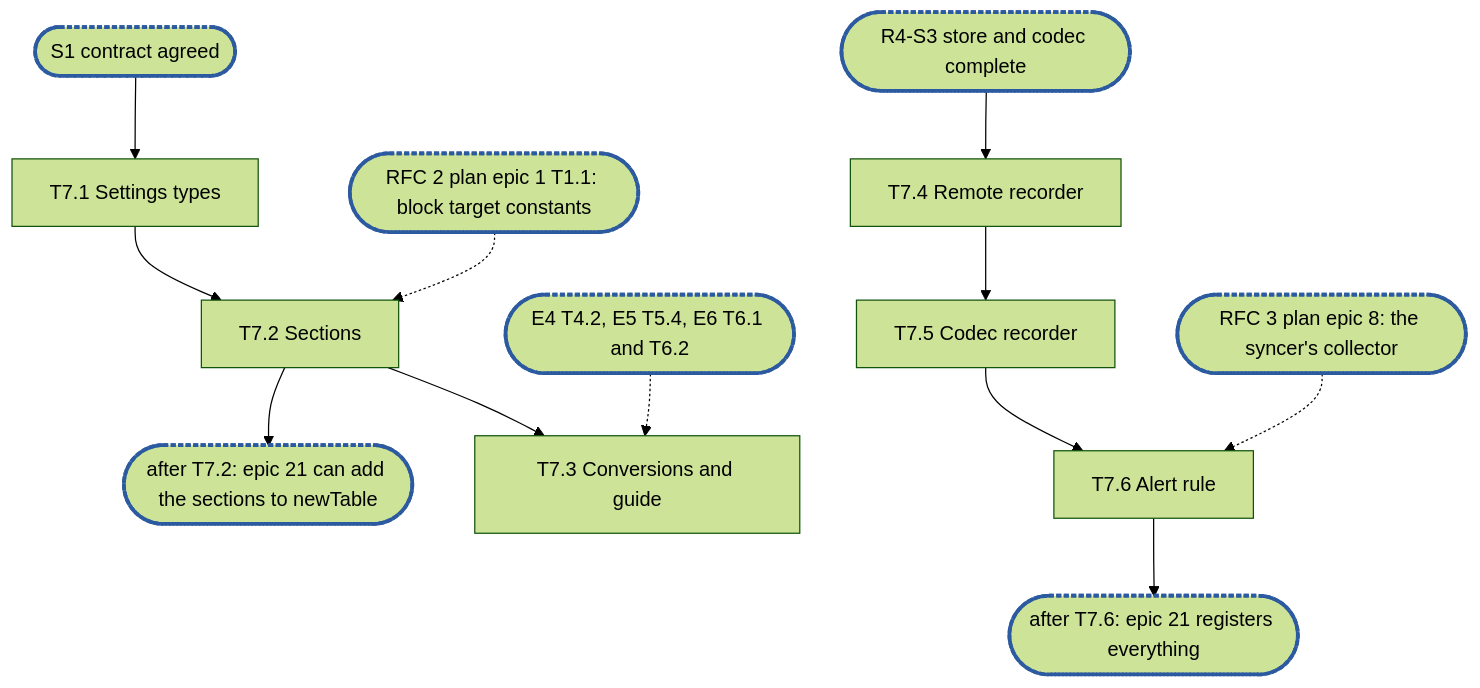
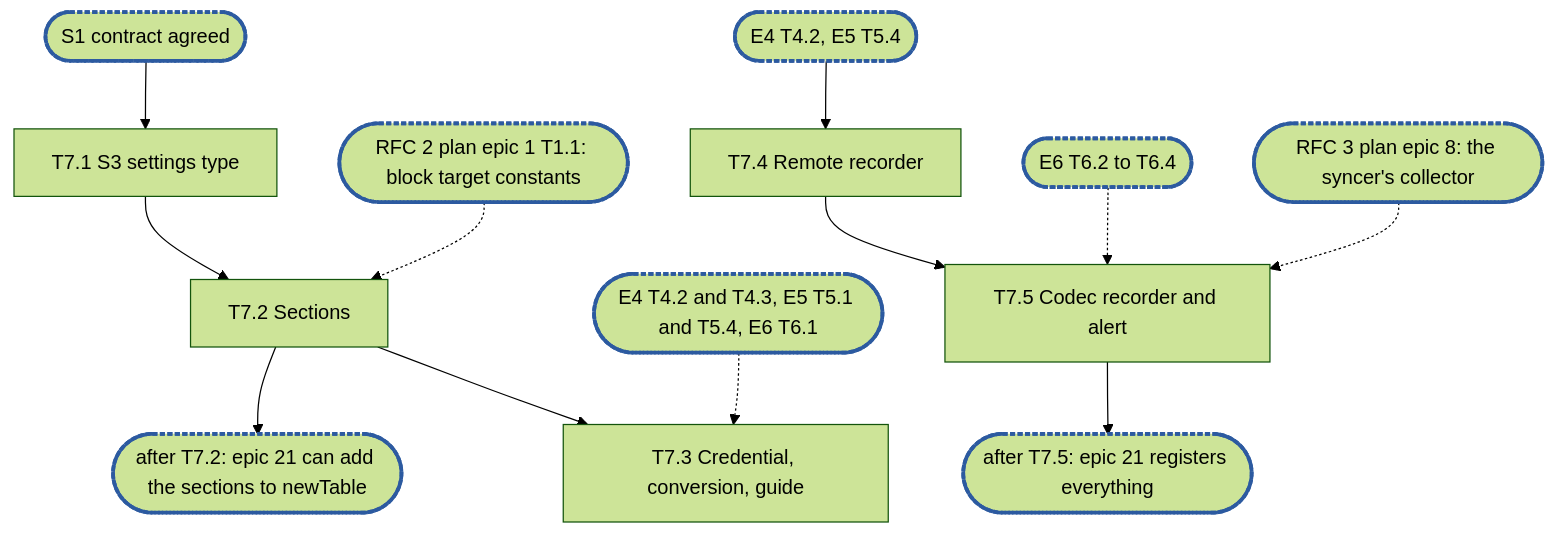
The diagram in .planning/rfc-4-remote-tier-epic7.md (cubbit/dittofs), drawn with Mermaid (forest theme) before and after one commit. The commit also changed other lines of this file and 3 other files, not shown here.

Commit message:
docs(planning): RFC 4 epic 7, fold the three review passes

````diff
--- a/.planning/rfc-4-remote-tier-epic7.md
+++ b/.planning/rfc-4-remote-tier-epic7.md
@@ -619,16 +625,15 @@
 ```mermaid
 flowchart TD
-  S1(["S1 contract agreed"]):::sync --> T7_1["T7.1 Settings types"]
+  S1(["S1 contract agreed"]):::sync --> T7_1["T7.1 S3 settings type"]
   R2E1(["RFC 2 plan epic 1 T1.1: block target constants"]):::sync -.-> T7_2
   T7_1 --> T7_2["T7.2 Sections"]
   T7_2 --> C1(["after T7.2: epic 21 can add the sections to newTable"]):::sync
-  DEPS(["E4 T4.2, E5 T5.4, E6 T6.1 and T6.2"]):::sync -.-> T7_3
-  T7_2 --> T7_3["T7.3 Conversions and guide"]
-  RS3(["R4-S3 store and codec complete"]):::sync
-  RS3 --> T7_4["T7.4 Remote recorder"]
-  T7_4 --> T7_5["T7.5 Codec recorder"]
-  R3E8(["RFC 3 plan epic 8: the syncer's collector"]):::sync -.-> T7_6
-  T7_5 --> T7_6["T7.6 Alert rule"]
-  T7_6 --> C2(["after T7.6: epic 21 registers everything"]):::sync
+  DEPS(["E4 T4.2 and T4.3, E5 T5.1 and T5.4, E6 T6.1"]):::sync -.-> T7_3
+  T7_2 --> T7_3["T7.3 Credential, conversion, guide"]
+  REC(["E4 T4.2, E5 T5.4"]):::sync --> T7_4["T7.4 Remote recorder"]
+  E6R(["E6 T6.2 to T6.4"]):::sync -.-> T7_5
+  R3E8(["RFC 3 plan epic 8: the syncer's collector"]):::sync -.-> T7_5
+  T7_4 --> T7_5["T7.5 Codec recorder and alert"]
+  T7_5 --> C2(["after T7.5: epic 21 registers everything"]):::sync
   classDef sync stroke:#2c5aa0,stroke-width:3px,stroke-dasharray:4 2
 ```
````
